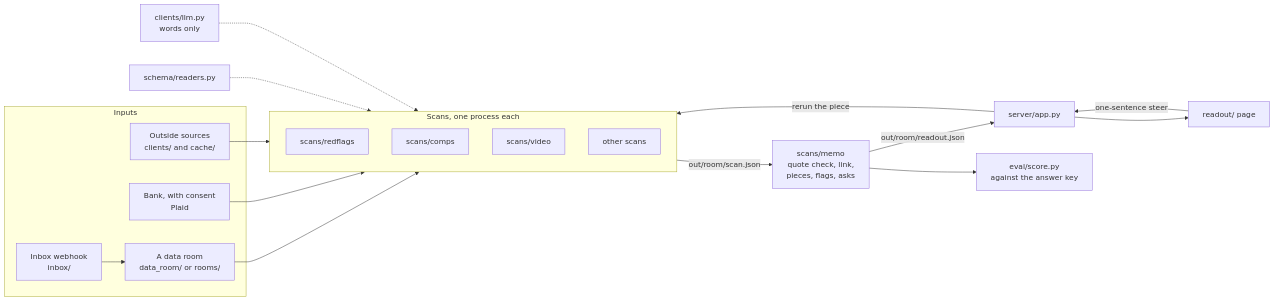
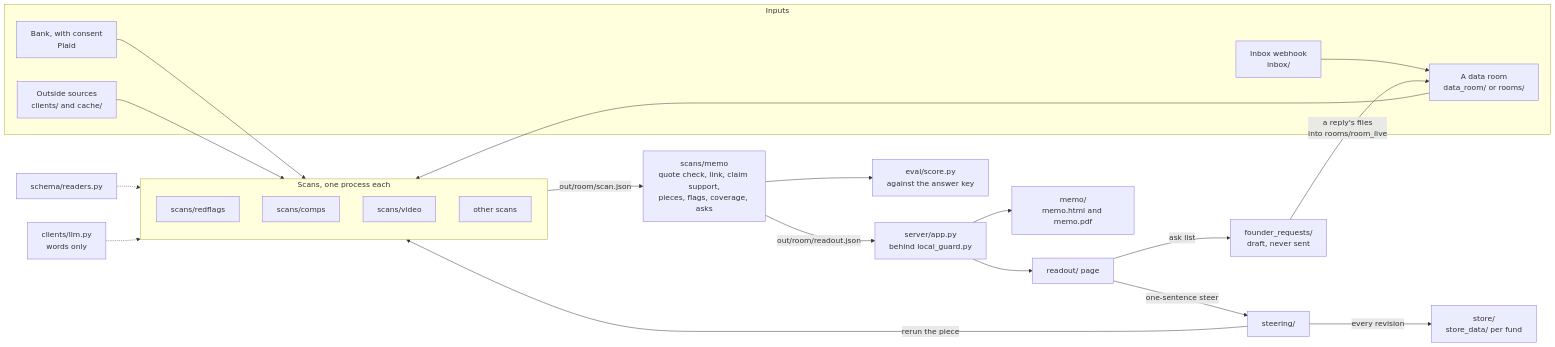
One commit to kenxle/tricorder changed the diagram in docs/ongoing/diagrams/system.md. Above: the diagram before and after it, drawn with Mermaid. The commit also changed other lines of this file and 12 other files, not shown here.

First line of the commit message:
Wave 2 closeout: roadmap slices marked, architecture and diagram caught up, board rows for every open item, lessons recorded

````diff
--- a/docs/ongoing/diagrams/system.md
+++ b/docs/ongoing/diagrams/system.md
@@ -5,27 +5,31 @@
 ```mermaid
 flowchart LR
     subgraph In[Inputs]
         R[A data room<br/>data_room/ or rooms/]
         I[Inbox webhook<br/>inbox/]
         B[Bank, with consent<br/>Plaid]
         O[Outside sources<br/>clients/ and cache/]
     end
     I --> R
     R --> S
     B --> S
     O --> S
     subgraph S[Scans, one process each]
         S1[scans/redflags]
         S2[scans/comps]
         S3[scans/video]
         S4[other scans]
     end
     RD[schema/readers.py] -.-> S
     LLM[clients/llm.py<br/>words only] -.-> S
-    S -->|out/room/scan.json| M[scans/memo<br/>quote check, link,<br/>pieces, flags, asks]
-    M -->|out/room/readout.json| SV[server/app.py]
+    S -->|out/room/scan.json| M[scans/memo<br/>quote check, link, claim support,<br/>pieces, flags, coverage, asks]
+    M -->|out/room/readout.json| SV[server/app.py<br/>behind local_guard.py]
     SV --> P[readout/ page]
-    P -->|one-sentence steer| SV
-    SV -->|rerun the piece| S
+    P -->|one-sentence steer| ST[steering/]
+    ST -->|rerun the piece| S
+    P -->|ask list| FR[founder_requests/<br/>draft, never sent]
+    FR -->|a reply's files<br/>into rooms/room_live| R
+    SV --> MO[memo/<br/>memo.html and memo.pdf]
+    ST -->|every revision| SD[store/<br/>store_data/ per fund]
     M --> E[eval/score.py<br/>against the answer key]
 ```
````
